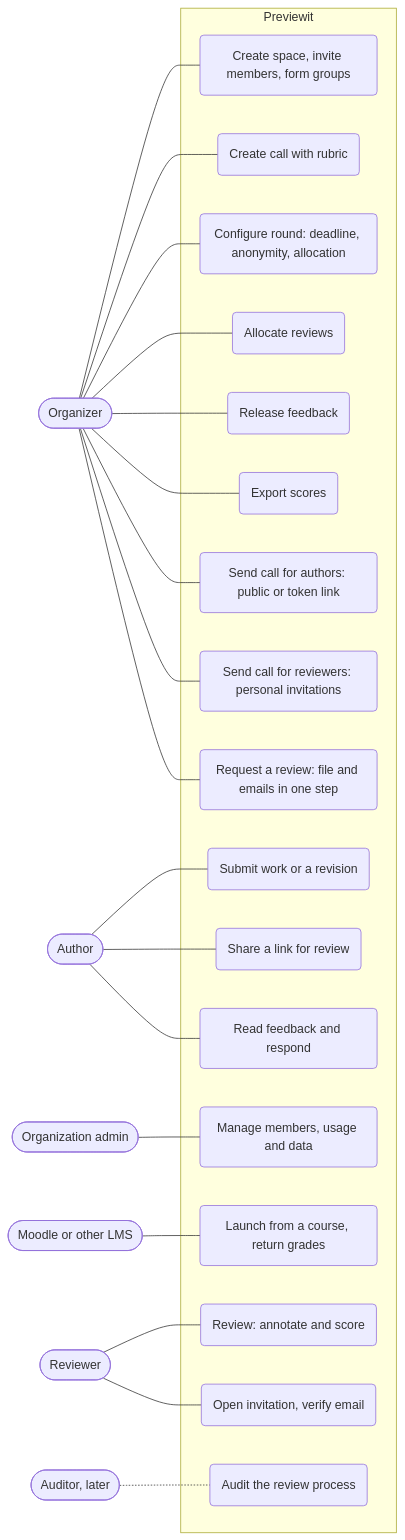
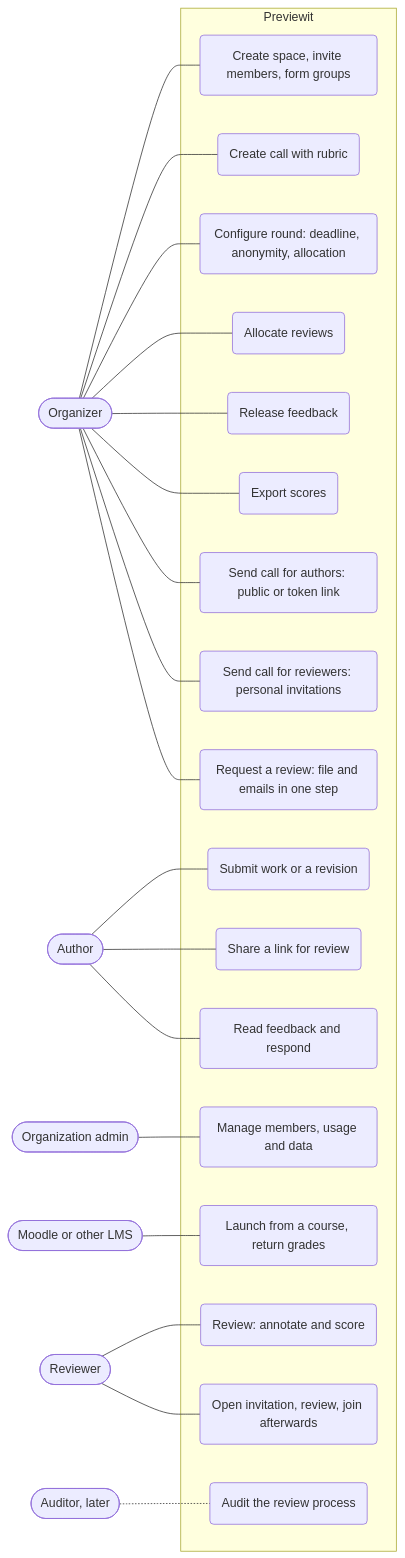
One commit to jaateixeira/peerview.it changed the diagram in docs/uml/use-cases.md. Above: the diagram before and after it, drawn with Mermaid. The commit also changed other lines of this file and 3 other files, not shown here.

First line of the commit message:
docs: describe reviewing without an account in the flows and plan

````diff
--- a/docs/uml/use-cases.md
+++ b/docs/uml/use-cases.md
@@ -5,36 +5,36 @@
 ```mermaid
 flowchart LR
     ORG([Organizer])
     AUT([Author])
     REV([Reviewer])
     AUD([Auditor, later])
     ADM([Organization admin])
     LMS([Moodle or other LMS])
 
     subgraph Previewit
         UC1("Create space, invite members, form groups")
         UC2("Create call with rubric")
         UC3("Configure round: deadline, anonymity, allocation")
         UC4("Allocate reviews")
         UC5("Release feedback")
         UC6("Export scores")
         UC7("Submit work or a revision")
         UC8("Share a link for review")
         UC9("Read feedback and respond")
         UC10("Review: annotate and score")
         UC11("Manage members, usage and data")
         UC12("Launch from a course, return grades")
         UC13("Send call for authors: public or token link")
         UC14("Send call for reviewers: personal invitations")
-        UC15("Open invitation, verify email")
+        UC15("Open invitation, review, join afterwards")
         UC16("Audit the review process")
         UC17("Request a review: file and emails in one step")
     end
 
     ORG --- UC1 & UC2 & UC3 & UC4 & UC5 & UC6 & UC13 & UC14 & UC17
     AUT --- UC7 & UC8 & UC9
     REV --- UC10 & UC15
     AUD -.- UC16
     ADM --- UC11
     LMS --- UC12
 ```
````
